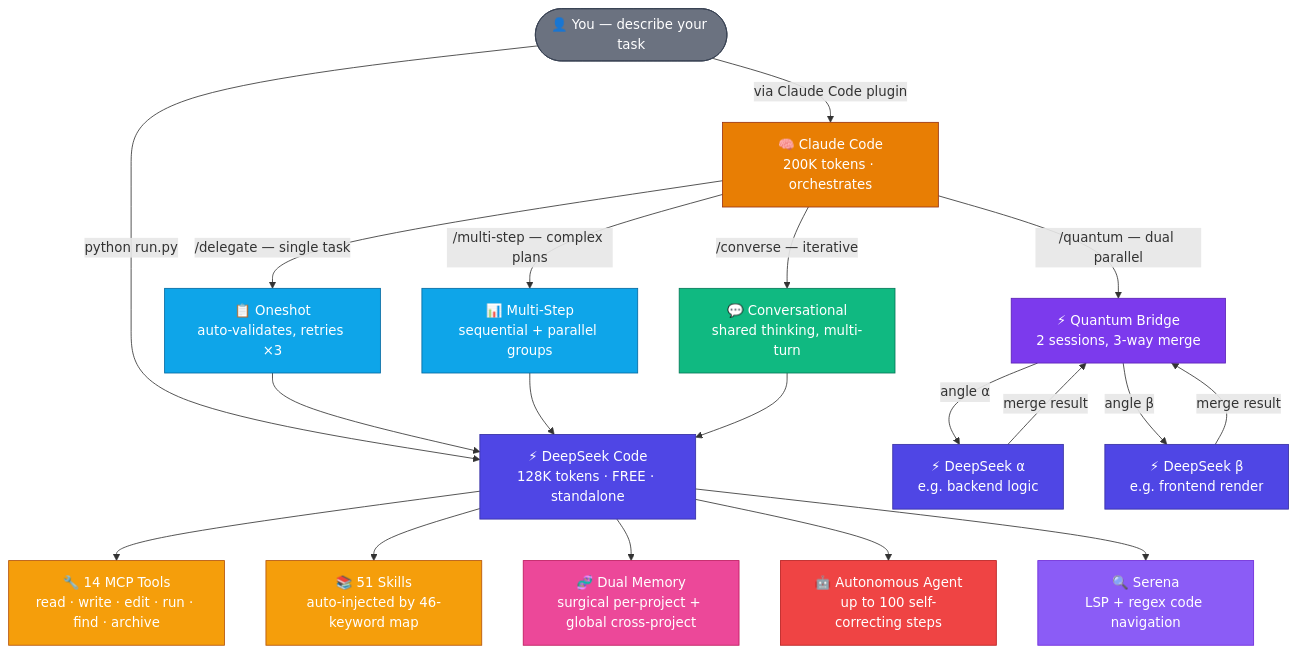
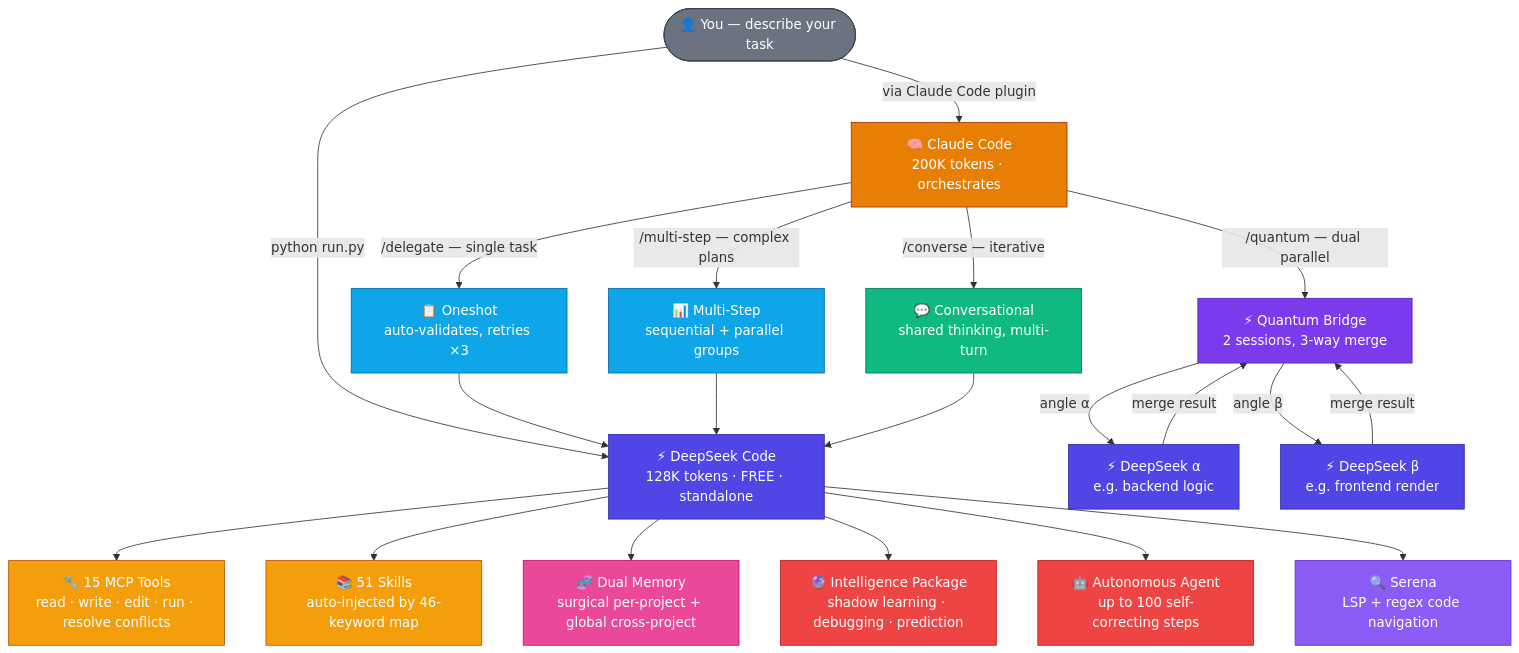
The second of 5 diagrams in README.md (Galidar/DeepSeekCode), drawn with Mermaid before and after one commit. The commit also changed other lines of this file and 4 other files, not shown here.

First line of the commit message:
v2.2.0: Actualizar documentacion y marketing con Intelligence Package

````diff
--- a/README.md
+++ b/README.md
@@ -128,41 +133,43 @@
 ```mermaid
 graph TB
     User(["👤 You — describe your task"])
 
     User -->|"python run.py"| DS["⚡ DeepSeek Code<br/>128K tokens · FREE · standalone"]
     User -->|"via Claude Code plugin"| CC["🧠 Claude Code<br/>200K tokens · orchestrates"]
 
     CC -->|"/delegate — single task"| DEL["📋 Oneshot<br/>auto-validates, retries ×3"]
     CC -->|"/quantum — dual parallel"| QB["⚡ Quantum Bridge<br/>2 sessions, 3-way merge"]
     CC -->|"/multi-step — complex plans"| MS["📊 Multi-Step<br/>sequential + parallel groups"]
     CC -->|"/converse — iterative"| CV["💬 Conversational<br/>shared thinking, multi-turn"]
 
     DEL --> DS
     QB -->|"angle α"| DSA["⚡ DeepSeek α<br/>e.g. backend logic"]
     QB -->|"angle β"| DSB["⚡ DeepSeek β<br/>e.g. frontend render"]
     DSA -->|"merge result"| QB
     DSB -->|"merge result"| QB
     MS --> DS
     CV --> DS
 
-    DS --> TOOLS["🔧 14 MCP Tools<br/>read · write · edit · run · find · archive"]
+    DS --> TOOLS["🔧 15 MCP Tools<br/>read · write · edit · run · resolve conflicts"]
     DS --> SKILLS["📚 51 Skills<br/>auto-injected by 46-keyword map"]
     DS --> MEM["🧬 Dual Memory<br/>surgical per-project + global cross-project"]
+    DS --> INTEL["🔮 Intelligence Package<br/>shadow learning · debugging · prediction"]
     DS --> AGENT["🤖 Autonomous Agent<br/>up to 100 self-correcting steps"]
     DS --> SERENA["🔍 Serena<br/>LSP + regex code navigation"]
 
     style User fill:#6B7280,stroke:#374151,color:#fff
     style CC fill:#E87E04,stroke:#9A3412,color:#fff
     style DS fill:#4F46E5,stroke:#3730A3,color:#fff
     style DSA fill:#4F46E5,stroke:#3730A3,color:#fff
     style DSB fill:#4F46E5,stroke:#3730A3,color:#fff
     style DEL fill:#0EA5E9,stroke:#0369A1,color:#fff
     style QB fill:#7C3AED,stroke:#5B21B6,color:#fff
     style MS fill:#0EA5E9,stroke:#0369A1,color:#fff
     style CV fill:#10B981,stroke:#047857,color:#fff
     style TOOLS fill:#F59E0B,stroke:#B45309,color:#fff
     style SKILLS fill:#F59E0B,stroke:#B45309,color:#fff
     style MEM fill:#EC4899,stroke:#BE185D,color:#fff
+    style INTEL fill:#EF4444,stroke:#B91C1C,color:#fff
     style AGENT fill:#EF4444,stroke:#B91C1C,color:#fff
     style SERENA fill:#8B5CF6,stroke:#6D28D9,color:#fff
 ```
````
